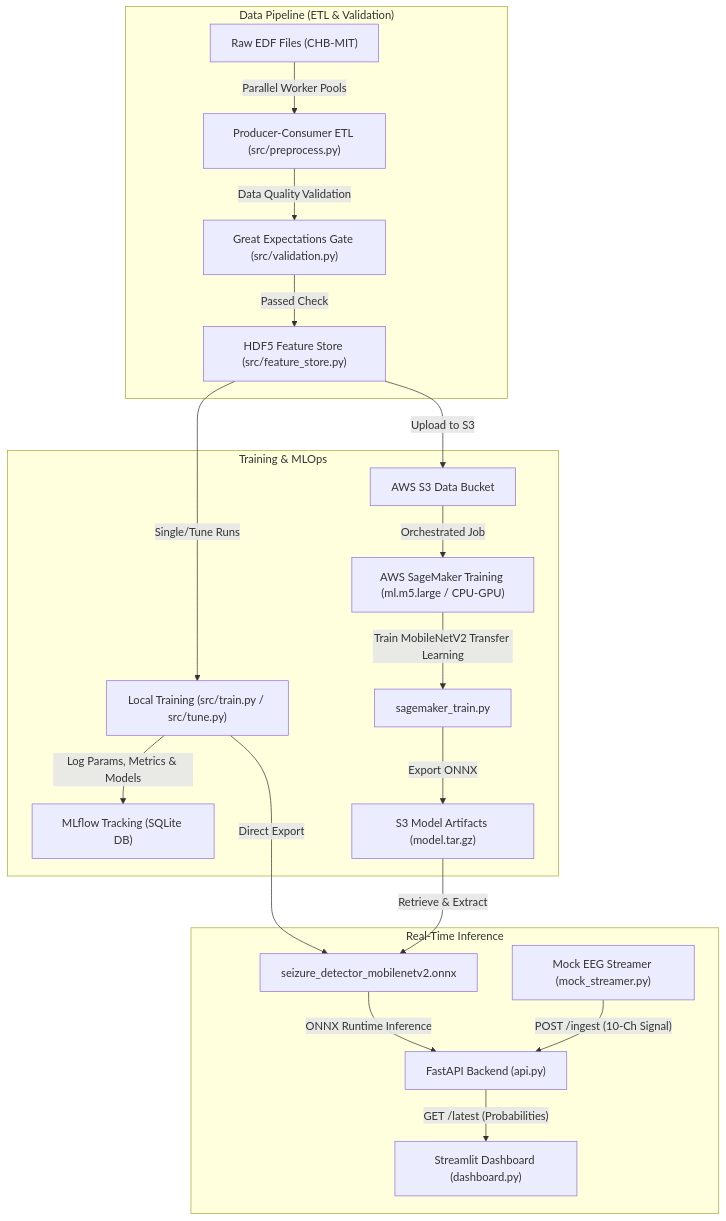
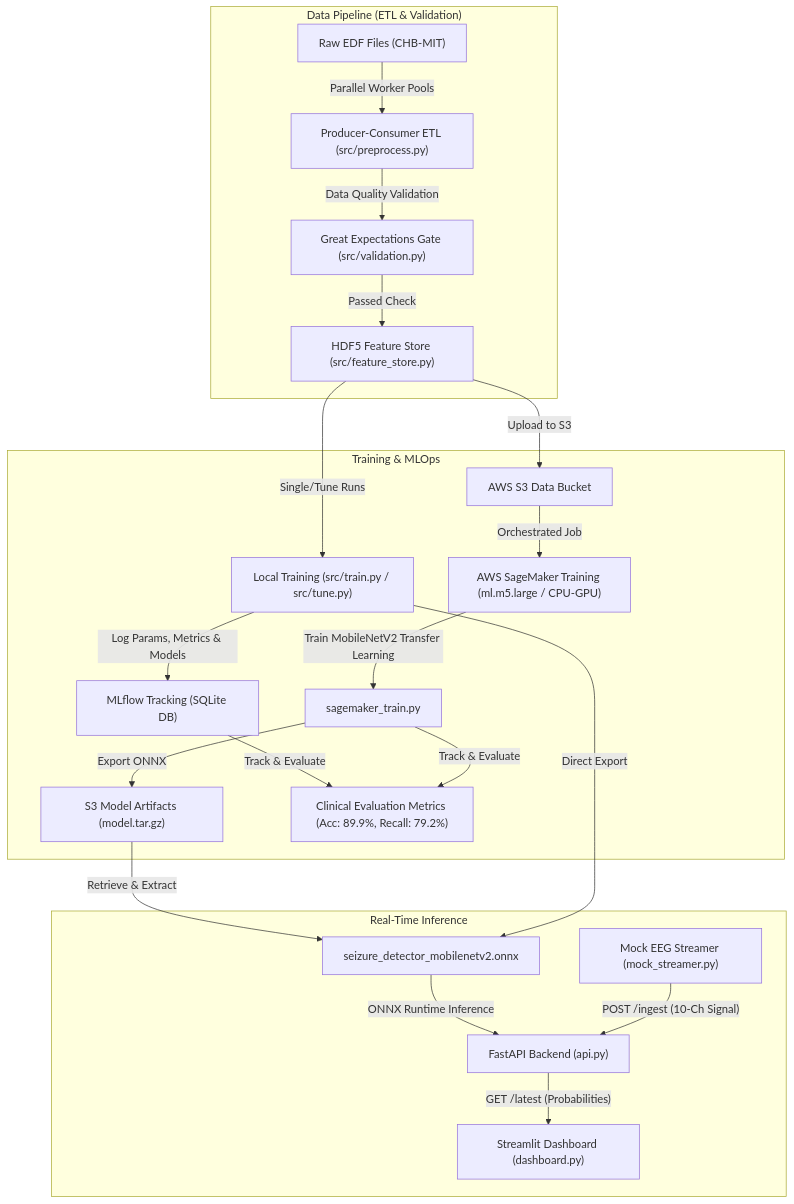
The diagram in README.md (NeuroRoy26/seizure-detection-real-time), drawn with Mermaid before and after one commit. The commit also changed other lines of this file, not shown here.

Commit message:
docs: add model performance metrics section and update Mermaid flowchart

````diff
--- a/README.md
+++ b/README.md
@@ -35,27 +35,30 @@
 ```mermaid
 flowchart TD
     subgraph "Data Pipeline (ETL & Validation)"
         EDF["Raw EDF Files (CHB-MIT)"] -- "Parallel Worker Pools" --> ETL["Producer-Consumer ETL (src/preprocess.py)"]
         ETL -- "Data Quality Validation" --> GE["Great Expectations Gate (src/validation.py)"]
         GE -- "Passed Check" --> FS["HDF5 Feature Store (src/feature_store.py)"]
     end
 
     subgraph "Training & MLOps"
         FS -- "Single/Tune Runs" --> LT["Local Training (src/train.py / src/tune.py)"]
         LT -- "Log Params, Metrics & Models" --> MLF["MLflow Tracking (SQLite DB)"]
         
         FS -- "Upload to S3" --> S3["AWS S3 Data Bucket"]
         S3 -- "Orchestrated Job" --> SM["AWS SageMaker Training (ml.m5.large / CPU-GPU)"]
         SM -- "Train MobileNetV2 Transfer Learning" --> SMT["sagemaker_train.py"]
         SMT -- "Export ONNX" --> S3Out["S3 Model Artifacts (model.tar.gz)"]
+        
+        MLF -- "Track & Evaluate" --> MET["Clinical Evaluation Metrics (Acc: 89.9%, Recall: 79.2%)"]
+        SMT -- "Track & Evaluate" --> MET
     end
 
     subgraph "Real-Time Inference"
         S3Out -- "Retrieve & Extract" --> ONNX["seizure_detector_mobilenetv2.onnx"]
         LT -- "Direct Export" --> ONNX
         
         ONNX -- "ONNX Runtime Inference" --> API["FastAPI Backend (api.py)"]
         Streamer["Mock EEG Streamer (mock_streamer.py)"] -- "POST /ingest (10-Ch Signal)" --> API
         API -- "GET /latest (Probabilities)" --> Dash["Streamlit Dashboard (dashboard.py)"]
     end
 ```
````
